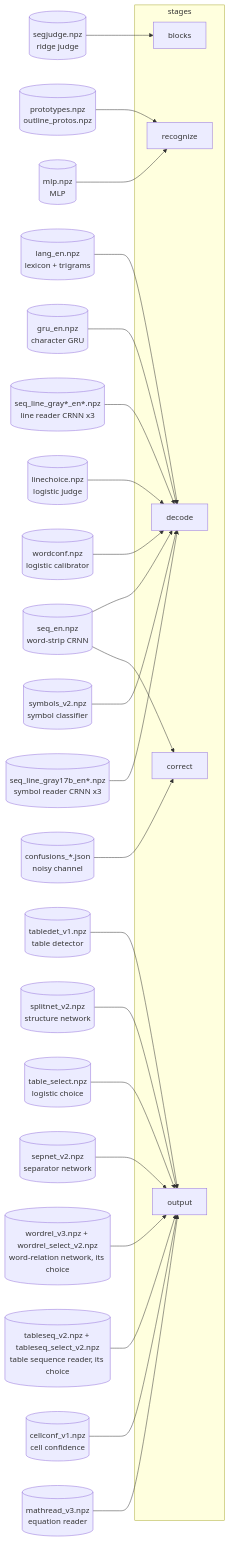
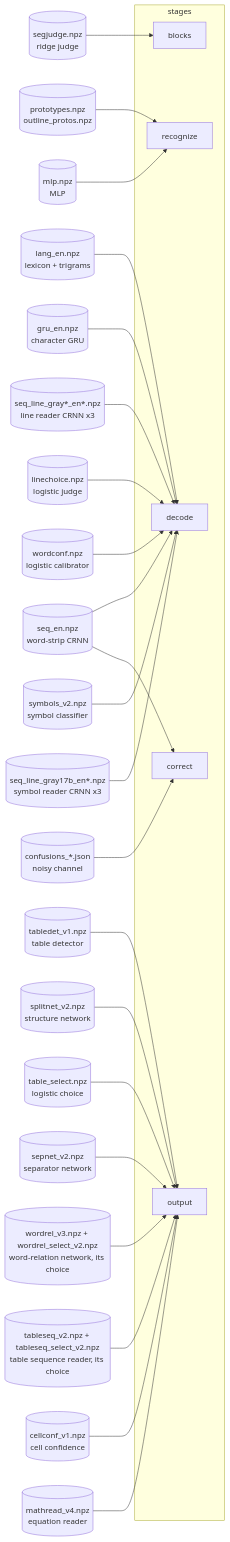
Before and after one commit to msharpe248/mlws-ocr: the seventh of 13 diagrams in docs/ARCHITECTURE.md, drawn with Mermaid. The commit also changed 18 other files, not shown here.

````diff
--- a/docs/ARCHITECTURE.md
+++ b/docs/ARCHITECTURE.md
@@ -329,31 +329,31 @@
 ```mermaid
 flowchart LR
     subgraph stagesL[stages]
         blocksS[blocks]
         recS[recognize]
         decS[decode]
         corS[correct]
         outS[output]
     end
     segjudge[(segjudge.npz<br/>ridge judge)] --> blocksS
     protos[(prototypes.npz<br/>outline_protos.npz)] --> recS
     mlp[(mlp.npz<br/>MLP)] --> recS
     lang[(lang_en.npz<br/>lexicon + trigrams)] --> decS
     gru[(gru_en.npz<br/>character GRU)] --> decS
     seq[(seq_en.npz<br/>word-strip CRNN)] --> decS
     line[(seq_line_gray*_en*.npz<br/>line reader CRNN x3)] --> decS
     lchoice[(linechoice.npz<br/>logistic judge)] --> decS
     wconf[(wordconf.npz<br/>logistic calibrator)] --> decS
     sym[(symbols_v2.npz<br/>symbol classifier)] --> decS
     symr[(seq_line_gray17b_en*.npz<br/>symbol reader CRNN x3)] --> decS
     conf[(confusions_*.json<br/>noisy channel)] --> corS
     seq --> corS
     det[(tabledet_v1.npz<br/>table detector)] --> outS
     split[(splitnet_v2.npz<br/>structure network)] --> outS
     sel[(table_select.npz<br/>logistic choice)] --> outS
     sep[(sepnet_v2.npz<br/>separator network)] --> outS
     wrel[(wordrel_v3.npz + wordrel_select_v2.npz<br/>word-relation network, its choice)] --> outS
     tseq[(tableseq_v2.npz + tableseq_select_v2.npz<br/>table sequence reader, its choice)] --> outS
     cconf[(cellconf_v1.npz<br/>cell confidence)] --> outS
-    math[(mathread_v3.npz<br/>equation reader)] --> outS
+    math[(mathread_v4.npz<br/>equation reader)] --> outS
 ```
````
